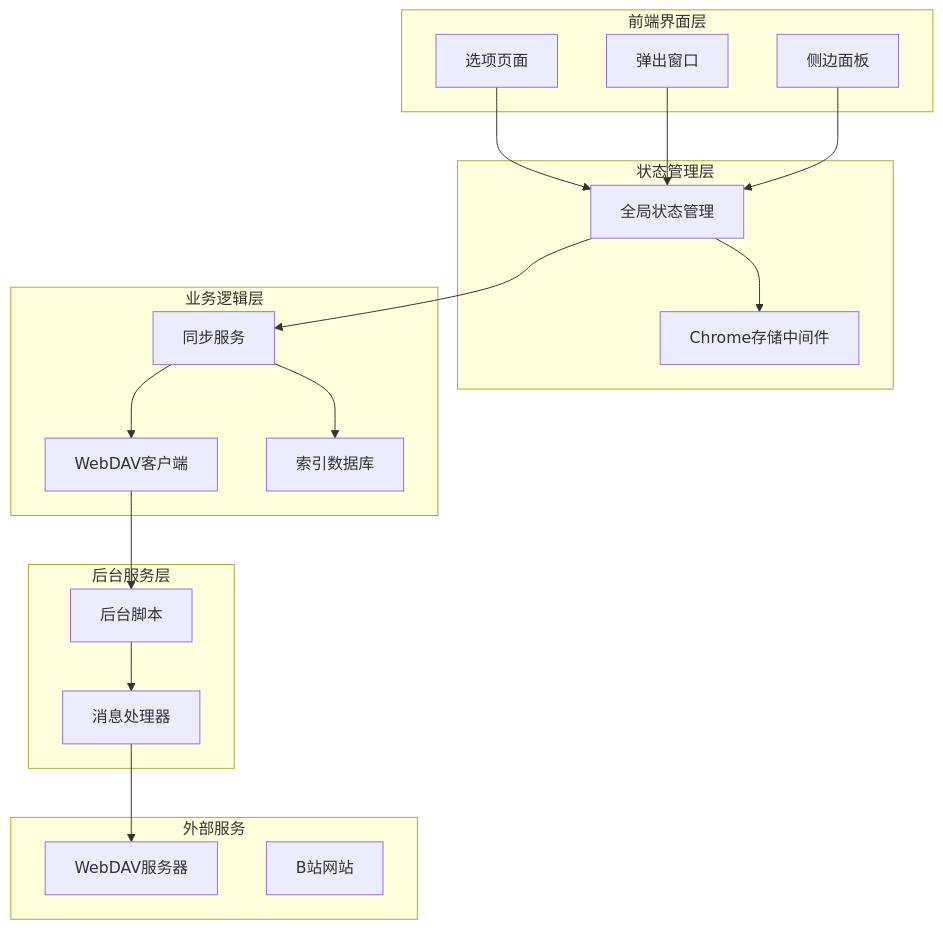
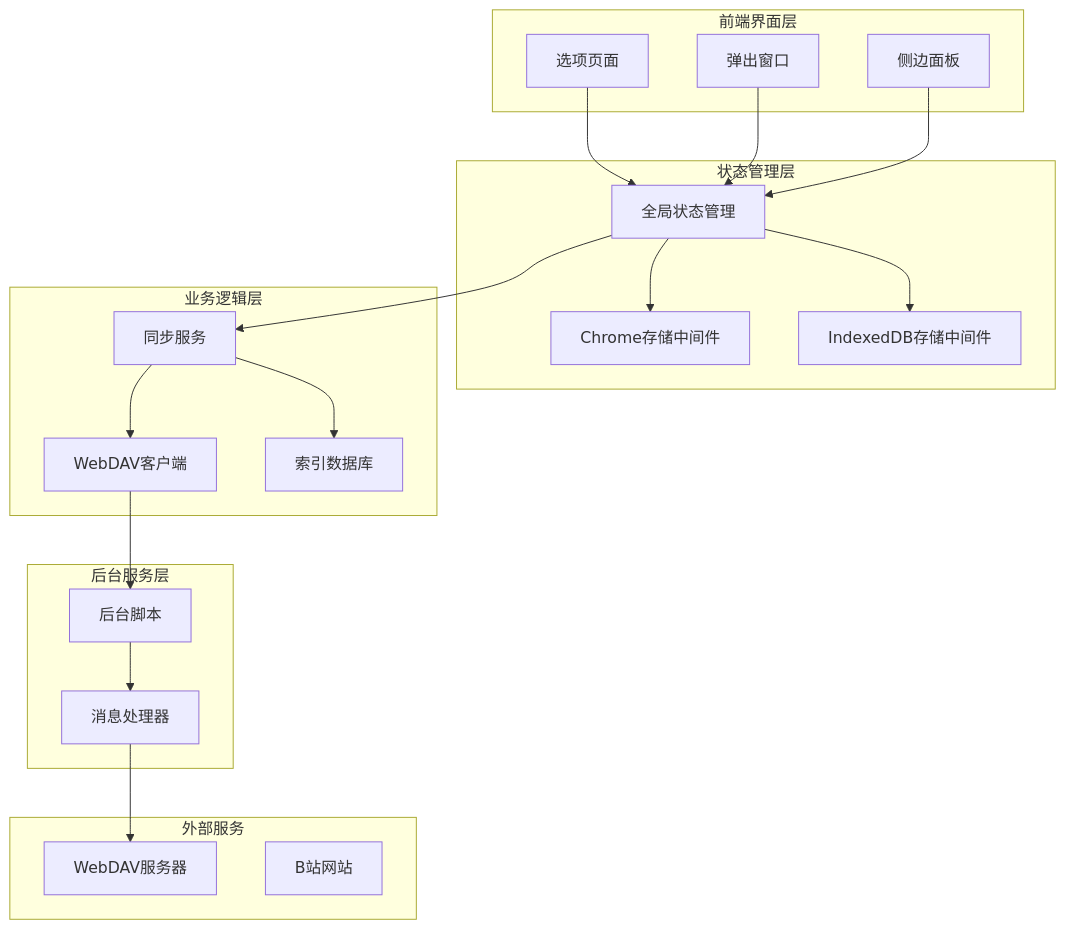
Before and after one commit to RadiumAg/bilibili-favorites: the first of 14 diagrams in .qoder/repowiki/zh/content/核心功能模块/WebDAV云同步系统.md, drawn with Mermaid. The commit also changed other lines of this file and 2 other files, not shown here.

````diff
--- a/.qoder/repowiki/zh/content/核心功能模块/WebDAV云同步系统.md
+++ b/.qoder/repowiki/zh/content/核心功能模块/WebDAV云同步系统.md
@@ -44,35 +53,37 @@
 ```mermaid
 graph TB
 subgraph "前端界面层"
 Options[选项页面]
 Popup[弹出窗口]
 SidePanel[侧边面板]
 end
 subgraph "状态管理层"
 Store[全局状态管理]
 ChromeStorage[Chrome存储中间件]
+IndexedDBStorage[IndexedDB存储中间件]
 end
 subgraph "业务逻辑层"
 SyncService[同步服务]
 WebDAVClient[WebDAV客户端]
 IndexedDB[索引数据库]
 end
 subgraph "后台服务层"
 Background[后台脚本]
 MessageHandler[消息处理器]
 end
 subgraph "外部服务"
 WebDAVServer[WebDAV服务器]
 Bilibili[B站网站]
 end
 Options --> Store
 Store --> ChromeStorage
+Store --> IndexedDBStorage
 Store --> SyncService
 SyncService --> WebDAVClient
 SyncService --> IndexedDB
 WebDAVClient --> Background
 Background --> MessageHandler
 MessageHandler --> WebDAVServer
 Popup --> Store
 SidePanel --> Store
 ```
````
